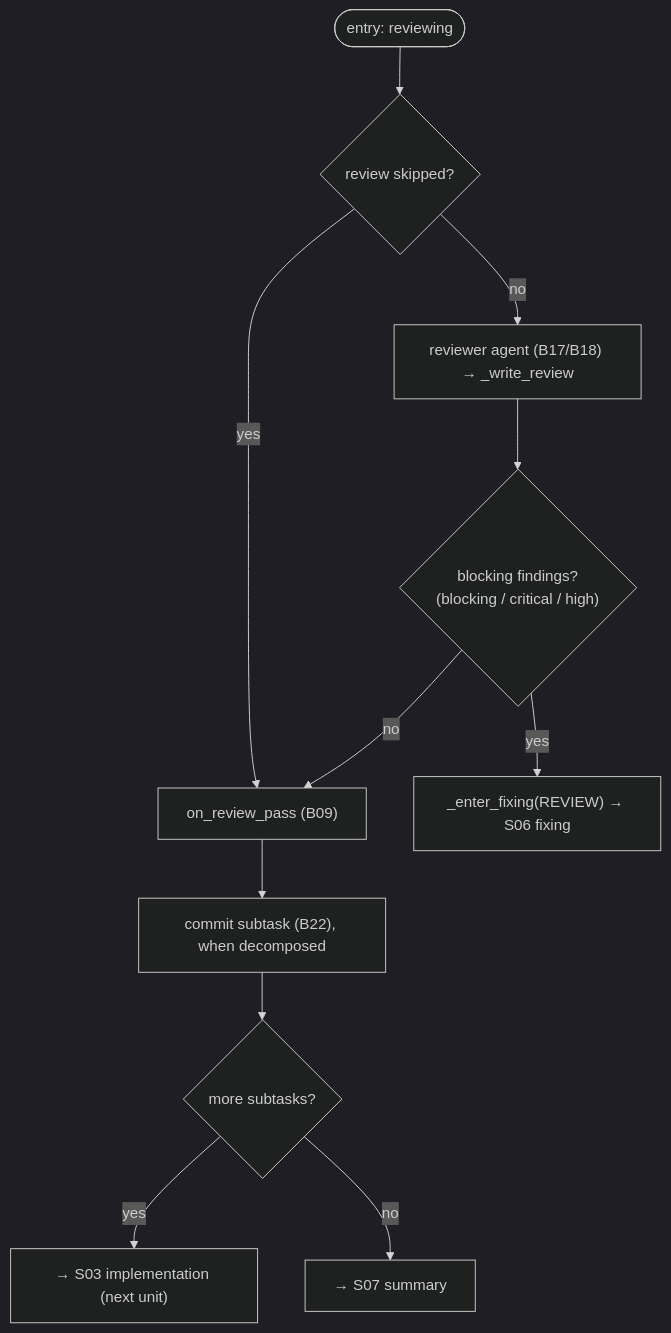
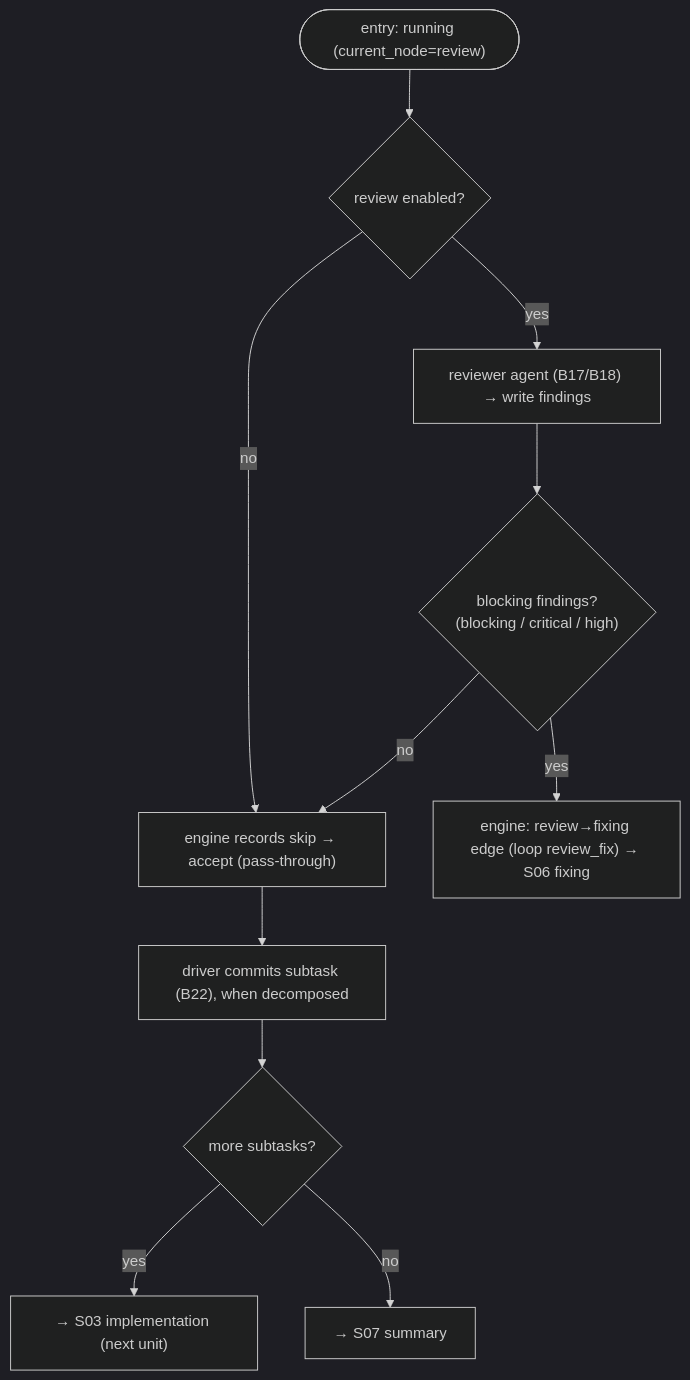
Before and after one commit to VladimirMakarevich/wastech-orchestrator: the diagram in docs/functional/flows/coding/S05-review.md, drawn with Mermaid (dark theme). The commit also changed other lines of this file and 31 other files, not shown here.

````diff
--- a/docs/functional/flows/coding/S05-review.md
+++ b/docs/functional/flows/coding/S05-review.md
@@ -38,13 +34,13 @@
 ```mermaid
 flowchart TB
-    start(["entry: reviewing"]) --> skip{"review skipped?"}
-    skip -->|yes| pass["on_review_pass (B09)"]
-    skip -->|no| run["reviewer agent (B17/B18) → _write_review"]
+    start(["entry: running (current_node=review)"]) --> skip{"review enabled?"}
+    skip -->|no| pass["engine records skip → accept (pass-through)"]
+    skip -->|yes| run["reviewer agent (B17/B18) → write findings"]
     run --> b{"blocking findings?<br/>(blocking / critical / high)"}
     b -->|no| pass
-    b -->|yes| fix["_enter_fixing(REVIEW) → S06 fixing"]
-    pass --> commit["commit subtask (B22), when decomposed"]
+    b -->|yes| fix["engine: review→fixing edge (loop review_fix) → S06 fixing"]
+    pass --> commit["driver commits subtask (B22), when decomposed"]
     commit --> more{"more subtasks?"}
     more -->|yes| impl["→ S03 implementation (next unit)"]
     more -->|no| summ["→ S07 summary"]
 ```
````
